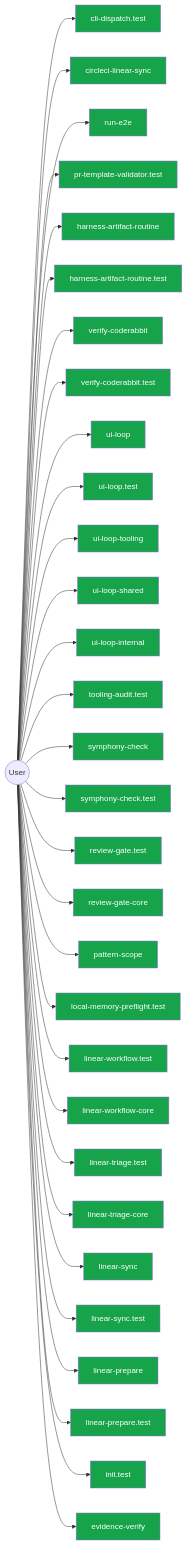
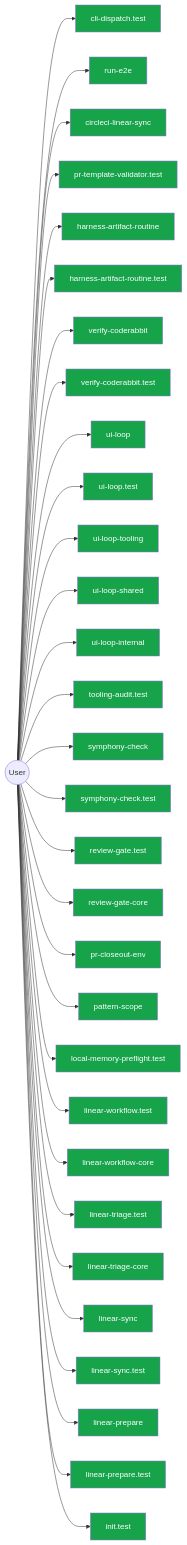
Diagram 14 of 14 in AI/context/diagram-context.md (jscraik/coding-harness), drawn with Mermaid before and after one commit. The commit also changed other lines of this file, not shown here.

First line of the commit message:
docs: refresh diagram context after merge

````diff
--- a/AI/context/diagram-context.md
+++ b/AI/context/diagram-context.md
@@ -2086,67 +2204,67 @@
 ```mermaid
 flowchart LR
   User(("User"))
   cli_dispatch_test_54c9f17b["cli-dispatch.test"]
   User --> cli_dispatch_test_54c9f17b
+  run_e2e_39efe696["run-e2e"]
+  User --> run_e2e_39efe696
   circleci_linear_sync_19c0d6da["circleci-linear-sync"]
   User --> circleci_linear_sync_19c0d6da
-  run_e2e_39efe696["run-e2e"]
-  User --> run_e2e_39efe696
   pr_template_validator_test_569b1cef["pr-template-validator.test"]
   User --> pr_template_validator_test_569b1cef
   harness_artifact_routine_17afacff["harness-artifact-routine"]
   User --> harness_artifact_routine_17afacff
   harness_artifact_routine_test_299f387d["harness-artifact-routine.test"]
   User --> harness_artifact_routine_test_299f387d
   verify_coderabbit_490b4e71["verify-coderabbit"]
   User --> verify_coderabbit_490b4e71
   verify_coderabbit_test_46cfcf29["verify-coderabbit.test"]
   User --> verify_coderabbit_test_46cfcf29
   ui_loop_11660889["ui-loop"]
   User --> ui_loop_11660889
   ui_loop_test_f0eabc42["ui-loop.test"]
   User --> ui_loop_test_f0eabc42
   ui_loop_tooling_12b2d2c7["ui-loop-tooling"]
   User --> ui_loop_tooling_12b2d2c7
   ui_loop_shared_8c83b841["ui-loop-shared"]
   User --> ui_loop_shared_8c83b841
   ui_loop_internal_f2eb8892["ui-loop-internal"]
   User --> ui_loop_internal_f2eb8892
   tooling_audit_test_d2aee28c["tooling-audit.test"]
   User --> tooling_audit_test_d2aee28c
   symphony_check_e97f2ea0["symphony-check"]
   User --> symphony_check_e97f2ea0
   symphony_check_test_6cb33eb2["symphony-check.test"]
   User --> symphony_check_test_6cb33eb2
   review_gate_test_000e2ed6["review-gate.test"]
   User --> review_gate_test_000e2ed6
   review_gate_core_4c8001f9["review-gate-core"]
   User --> review_gate_core_4c8001f9
+  pr_closeout_env_9bfcd9ef["pr-closeout-env"]
+  User --> pr_closeout_env_9bfcd9ef
   pattern_scope_61ff946d["pattern-scope"]
   User --> pattern_scope_61ff946d
   local_memory_preflight_test_5e323bbf["local-memory-preflight.test"]
   User --> local_memory_preflight_test_5e323bbf
   linear_workflow_test_a351dcb0["linear-workflow.test"]
   User --> linear_workflow_test_a351dcb0
   linear_workflow_core_0e19cff4["linear-workflow-core"]
   User --> linear_workflow_core_0e19cff4
   linear_triage_test_1b75a8b8["linear-triage.test"]
   User --> linear_triage_test_1b75a8b8
   linear_triage_core_7cbca73e["linear-triage-core"]
   User --> linear_triage_core_7cbca73e
   linear_sync_a2fa2bf7["linear-sync"]
   User --> linear_sync_a2fa2bf7
   linear_sync_test_da1e1eab["linear-sync.test"]
   User --> linear_sync_test_da1e1eab
   linear_prepare_0c613ba6["linear-prepare"]
   User --> linear_prepare_0c613ba6
   linear_prepare_test_678f11a9["linear-prepare.test"]
   User --> linear_prepare_test_678f11a9
   init_test_cbba76a6["init.test"]
   User --> init_test_cbba76a6
-  evidence_verify_3b73c290["evidence-verify"]
-  User --> evidence_verify_3b73c290
   classDef userNode fill:#16a34a,color:#fff
-  class cli_dispatch_test_54c9f17b,circleci_linear_sync_19c0d6da,run_e2e_39efe696,pr_template_validator_test_569b1cef,harness_artifact_routine_17afacff,harness_artifact_routine_test_299f387d,verify_coderabbit_490b4e71,verify_coderabbit_test_46cfcf29,ui_loop_11660889,ui_loop_test_f0eabc42,ui_loop_tooling_12b2d2c7,ui_loop_shared_8c83b841,ui_loop_internal_f2eb8892,tooling_audit_test_d2aee28c,symphony_check_e97f2ea0,symphony_check_test_6cb33eb2,review_gate_test_000e2ed6,review_gate_core_4c8001f9,pattern_scope_61ff946d,local_memory_preflight_test_5e323bbf,linear_workflow_test_a351dcb0,linear_workflow_core_0e19cff4,linear_triage_test_1b75a8b8,linear_triage_core_7cbca73e,linear_sync_a2fa2bf7,linear_sync_test_da1e1eab,linear_prepare_0c613ba6,linear_prepare_test_678f11a9,init_test_cbba76a6,evidence_verify_3b73c290 userNode
+  class cli_dispatch_test_54c9f17b,run_e2e_39efe696,circleci_linear_sync_19c0d6da,pr_template_validator_test_569b1cef,harness_artifact_routine_17afacff,harness_artifact_routine_test_299f387d,verify_coderabbit_490b4e71,verify_coderabbit_test_46cfcf29,ui_loop_11660889,ui_loop_test_f0eabc42,ui_loop_tooling_12b2d2c7,ui_loop_shared_8c83b841,ui_loop_internal_f2eb8892,tooling_audit_test_d2aee28c,symphony_check_e97f2ea0,symphony_check_test_6cb33eb2,review_gate_test_000e2ed6,review_gate_core_4c8001f9,pr_closeout_env_9bfcd9ef,pattern_scope_61ff946d,local_memory_preflight_test_5e323bbf,linear_workflow_test_a351dcb0,linear_workflow_core_0e19cff4,linear_triage_test_1b75a8b8,linear_triage_core_7cbca73e,linear_sync_a2fa2bf7,linear_sync_test_da1e1eab,linear_prepare_0c613ba6,linear_prepare_test_678f11a9,init_test_cbba76a6 userNode
 
 ```
````
